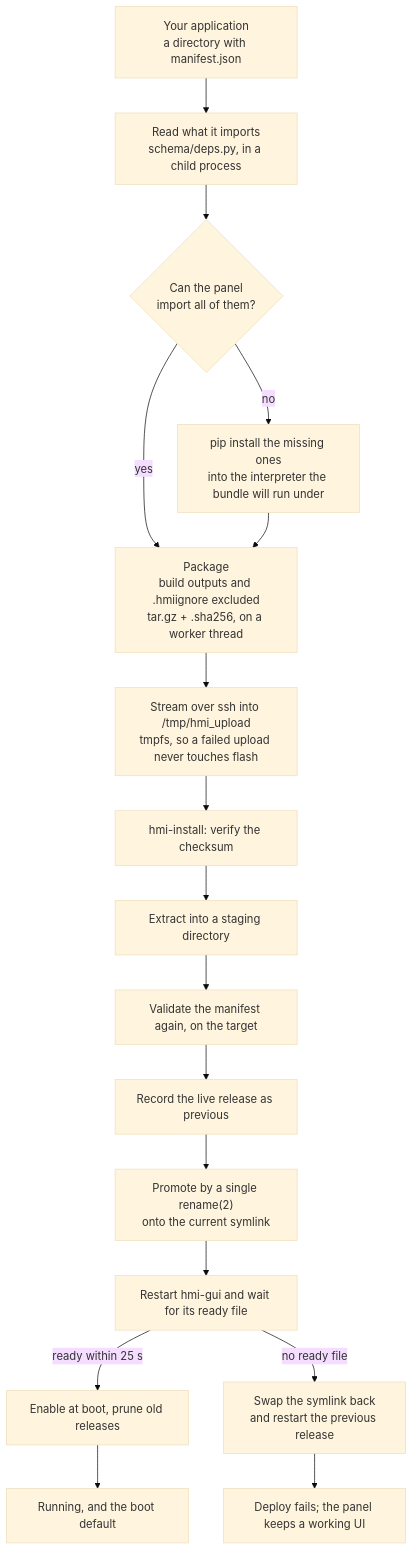
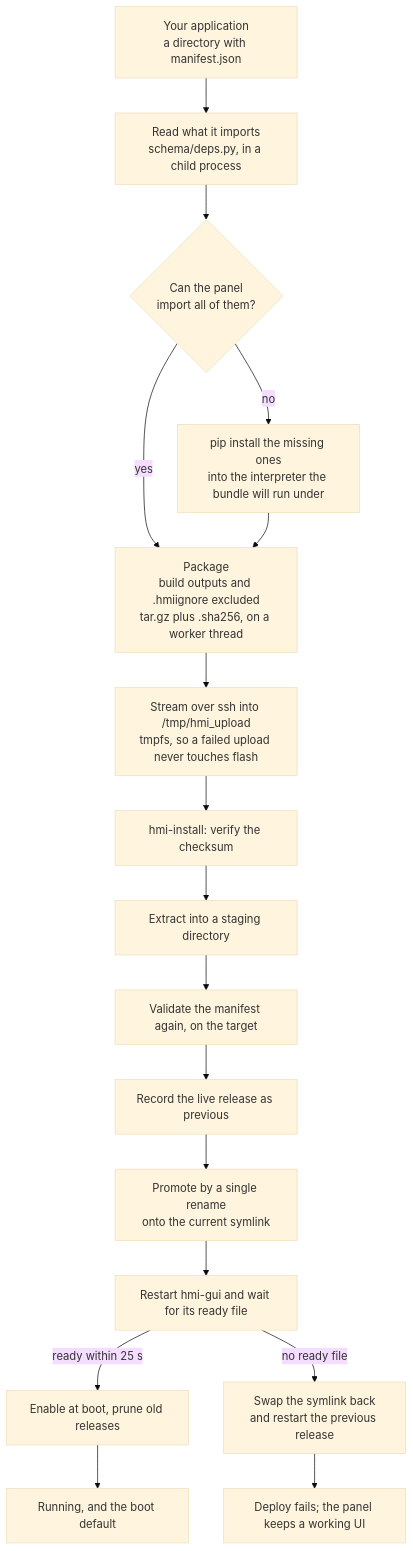
The second of 2 diagrams in README.md (Hitheshkaranth/EmbeddedDisplayStudio), drawn with Mermaid (base theme) before and after one commit. The commit also changed other lines of this file and 3 other files, not shown here.

````diff
--- a/README.md
+++ b/README.md
@@ -179,19 +177,19 @@
 ```mermaid
-flowchart TD
+graph TD
     A["Your application<br/>a directory with manifest.json"] --> B["Read what it imports<br/>schema/deps.py, in a child process"]
     B --> C{"Can the panel<br/>import all of them?"}
-    C -- "no" --> D["pip install the missing ones<br/>into the interpreter the bundle will run under"]
-    C -- "yes" --> E
-    D --> E["Package<br/>build outputs and .hmiignore excluded<br/>tar.gz + .sha256, on a worker thread"]
+    C -->|no| D["pip install the missing ones<br/>into the interpreter the bundle will run under"]
+    C -->|yes| E
+    D --> E["Package<br/>build outputs and .hmiignore excluded<br/>tar.gz plus .sha256, on a worker thread"]
     E --> F["Stream over ssh into /tmp/hmi_upload<br/>tmpfs, so a failed upload never touches flash"]
     F --> G["hmi-install: verify the checksum"]
     G --> H["Extract into a staging directory"]
     H --> I["Validate the manifest again, on the target"]
     I --> J["Record the live release as previous"]
-    J --> K["Promote by a single rename(2)<br/>onto the current symlink"]
+    J --> K["Promote by a single rename<br/>onto the current symlink"]
     K --> L["Restart hmi-gui and wait for its ready file"]
-    L -- "ready within 25 s" --> M["Enable at boot, prune old releases"]
-    L -- "no ready file" --> N["Swap the symlink back<br/>and restart the previous release"]
+    L -->|ready within 25 s| M["Enable at boot, prune old releases"]
+    L -->|no ready file| N["Swap the symlink back<br/>and restart the previous release"]
     M --> O["Running, and the boot default"]
     N --> P["Deploy fails; the panel keeps a working UI"]
 ```
````
